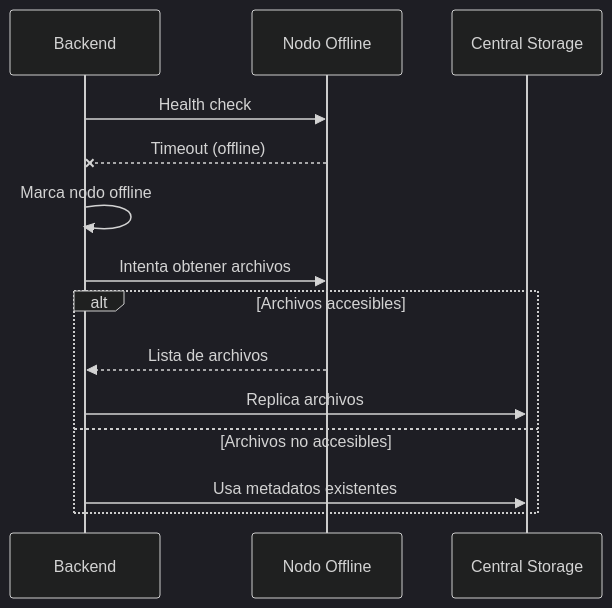
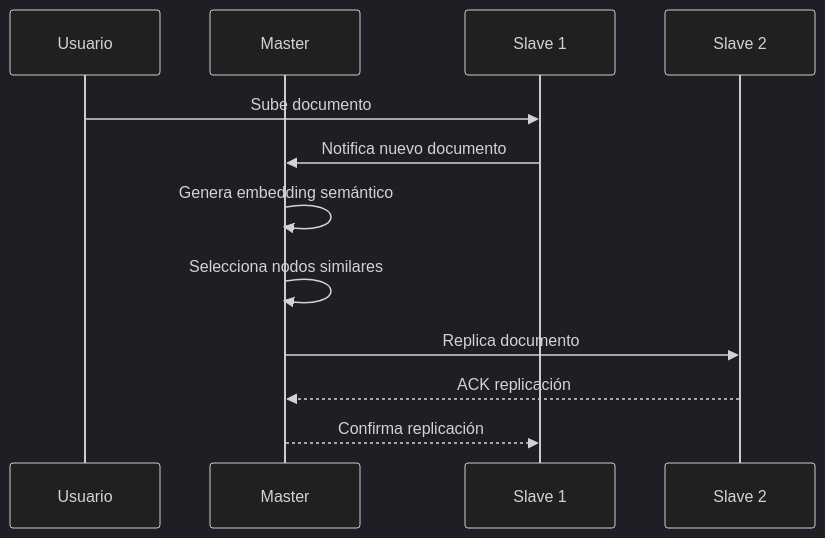
Before and after one commit to Pol4720/DistriSearch: the second of 2 diagrams in docs/caracteristicas.md, drawn with Mermaid (dark theme). The commit also changed other lines of this file and 59 other files, not shown here.

````diff
--- a/docs/caracteristicas.md
+++ b/docs/caracteristicas.md
@@ -159,17 +158,15 @@
 ```mermaid
 sequenceDiagram
-    participant B as Backend
-    participant N1 as Nodo Offline
-    participant C as Central Storage
+    participant U as Usuario
+    participant M as Master
+    participant S1 as Slave 1
+    participant S2 as Slave 2
     
-    B->>N1: Health check
-    N1--xB: Timeout (offline)
-    B->>B: Marca nodo offline
-    B->>N1: Intenta obtener archivos
-    alt Archivos accesibles
-        N1-->>B: Lista de archivos
-        B->>C: Replica archivos
-    else Archivos no accesibles
-        B->>C: Usa metadatos existentes
-    end
+    U->>S1: Sube documento
+    S1->>M: Notifica nuevo documento
+    M->>M: Genera embedding semántico
+    M->>M: Selecciona nodos similares
+    M->>S2: Replica documento
+    S2-->>M: ACK replicación
+    M-->>S1: Confirma replicación
 ```
````
